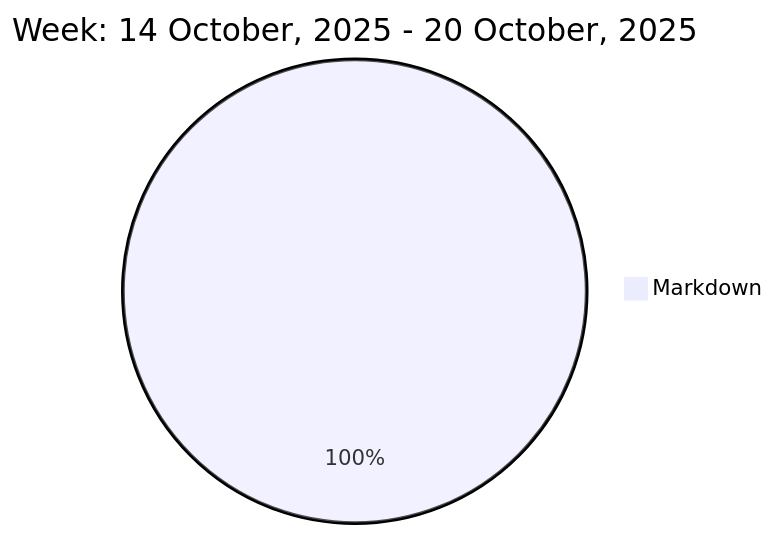
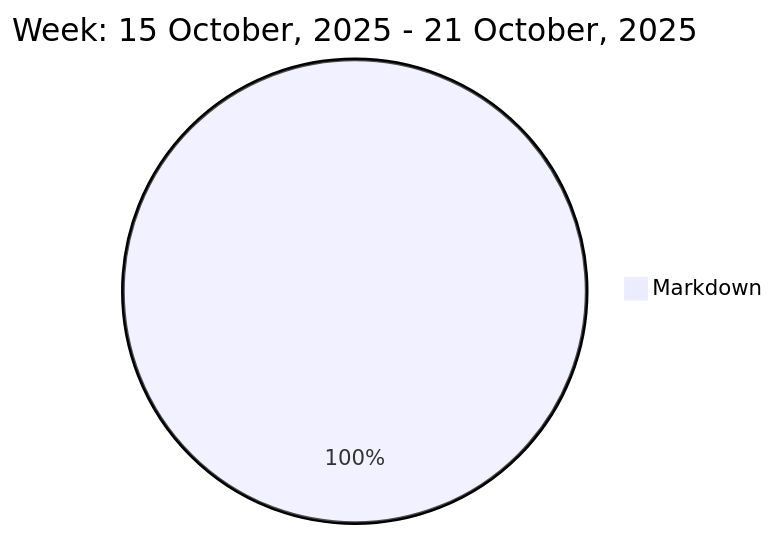
The diagram in README.md (liubin95/liubin95), drawn with Mermaid before and after one commit.

Commit message:
Updated the Graph with new Metrics

````diff
--- a/README.md
+++ b/README.md
@@ -37,5 +37,5 @@
 ```mermaid
  pie
-title Week: 14 October, 2025 - 20 October, 2025
- "Markdown" : 2.68
+title Week: 15 October, 2025 - 21 October, 2025
+ "Markdown" : 2.55
 ```
````
